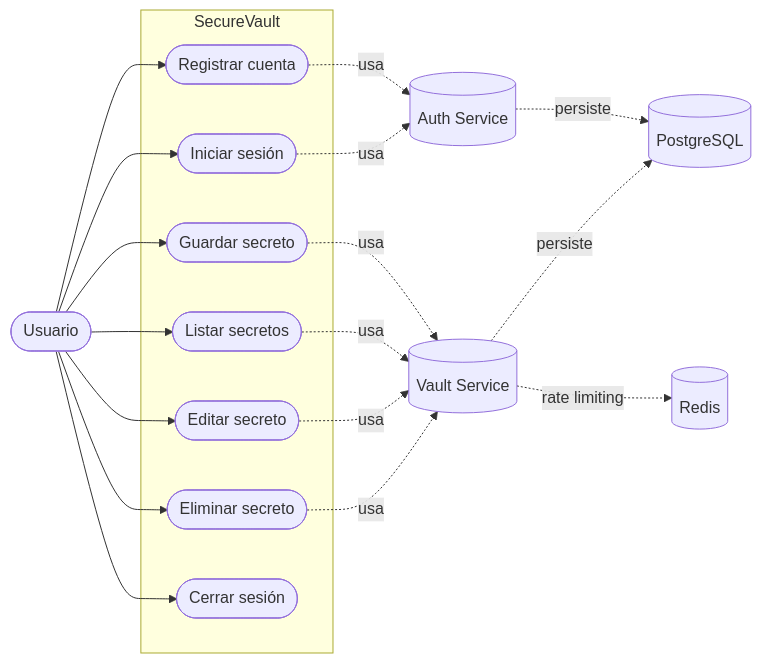
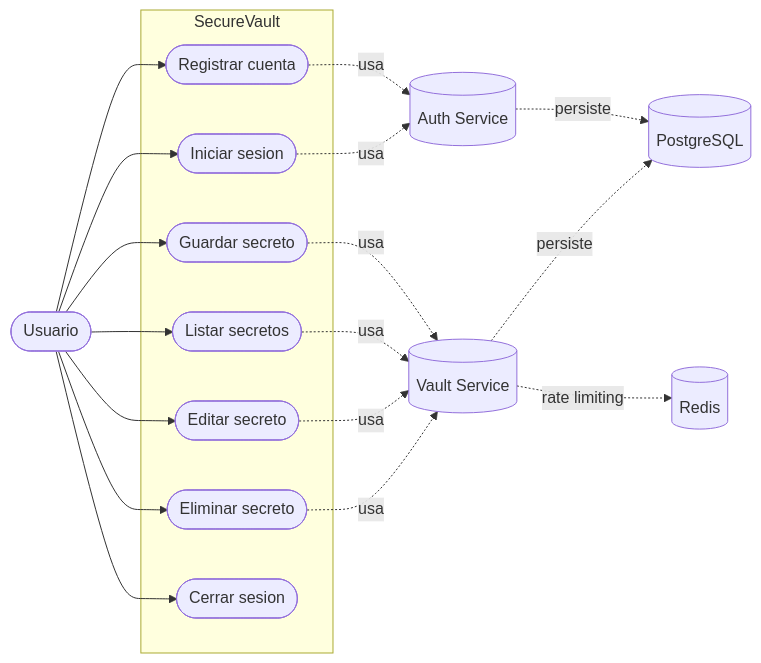
The first of 6 diagrams in docs/02_Manual_Tecnico.md (johngutierrez80/Securevault-pro), drawn with Mermaid before and after one commit. The commit also changed other lines of this file and 72 other files, not shown here.

````diff
--- a/docs/02_Manual_Tecnico.md
+++ b/docs/02_Manual_Tecnico.md
@@ -22,33 +26,33 @@
 ```mermaid
 flowchart LR
-	U([Usuario])
+    U([Usuario])
 
-	subgraph SV[SecureVault]
-		UC1([Registrar cuenta])
-		UC2([Iniciar sesión])
-		UC3([Guardar secreto])
-		UC4([Listar secretos])
-		UC5([Editar secreto])
-		UC6([Eliminar secreto])
-		UC7([Cerrar sesión])
-	end
+    subgraph SV[SecureVault]
+        UC1([Registrar cuenta])
+        UC2([Iniciar sesion])
+        UC3([Guardar secreto])
+        UC4([Listar secretos])
+        UC5([Editar secreto])
+        UC6([Eliminar secreto])
+        UC7([Cerrar sesion])
+    end
 
-	U --> UC1
-	U --> UC2
-	U --> UC3
-	U --> UC4
-	U --> UC5
-	U --> UC6
-	U --> UC7
+    U --> UC1
+    U --> UC2
+    U --> UC3
+    U --> UC4
+    U --> UC5
+    U --> UC6
+    U --> UC7
 
-	UC1 -. usa .-> A[(Auth Service)]
-	UC2 -. usa .-> A
-	UC3 -. usa .-> V[(Vault Service)]
-	UC4 -. usa .-> V
-	UC5 -. usa .-> V
-	UC6 -. usa .-> V
+    UC1 -. usa .-> A[(Auth Service)]
+    UC2 -. usa .-> A
+    UC3 -. usa .-> V[(Vault Service)]
+    UC4 -. usa .-> V
+    UC5 -. usa .-> V
+    UC6 -. usa .-> V
 
-	A -. persiste .-> DB[(PostgreSQL)]
-	V -. persiste .-> DB
-	V -. rate limiting .-> R[(Redis)]
+    A -. persiste .-> DB[(PostgreSQL)]
+    V -. persiste .-> DB
+    V -. rate limiting .-> R[(Redis)]
 ```
````
